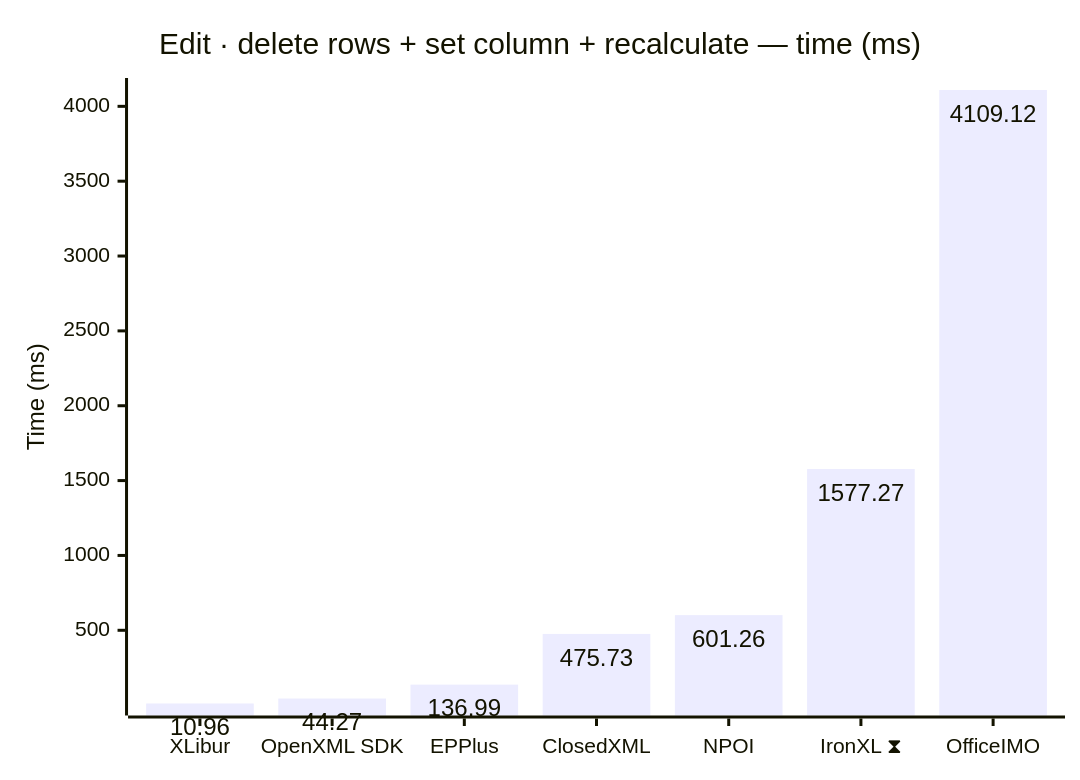
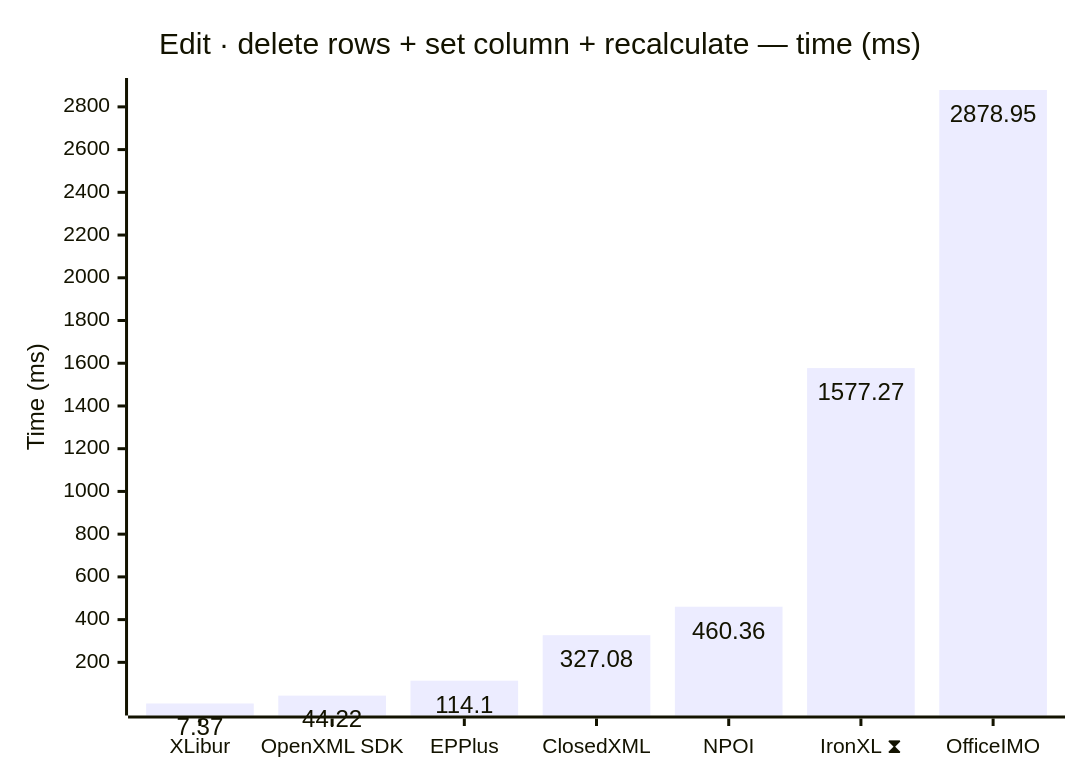
Before and after one commit to jafin/XLBench: diagram 11 of 18 in docs/results-ci.md, drawn with Mermaid. The commit also changed other lines of this file, not shown here.

````diff
--- a/docs/results-ci.md
+++ b/docs/results-ci.md
@@ -173,12 +173,12 @@
 ```mermaid
 ---
 config:
   xyChart:
     showDataLabel: true
 ---
 xychart-beta
     title "Edit · delete rows + set column + recalculate — time (ms)"
     x-axis ["XLibur", "OpenXML SDK", "EPPlus", "ClosedXML", "NPOI", "IronXL ⧗", "OfficeIMO"]
     y-axis "Time (ms)"
-    bar [10.96, 44.27, 136.99, 475.73, 601.26, 1577.27, 4109.12]
+    bar [7.37, 44.22, 114.1, 327.08, 460.36, 1577.27, 2878.95]
 ```
````
